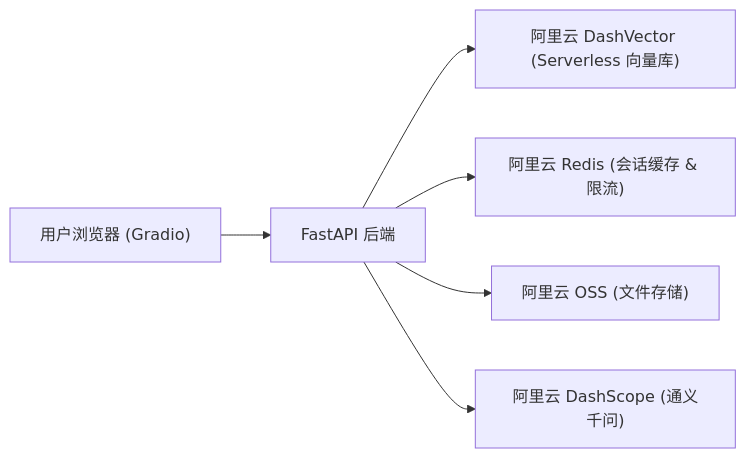
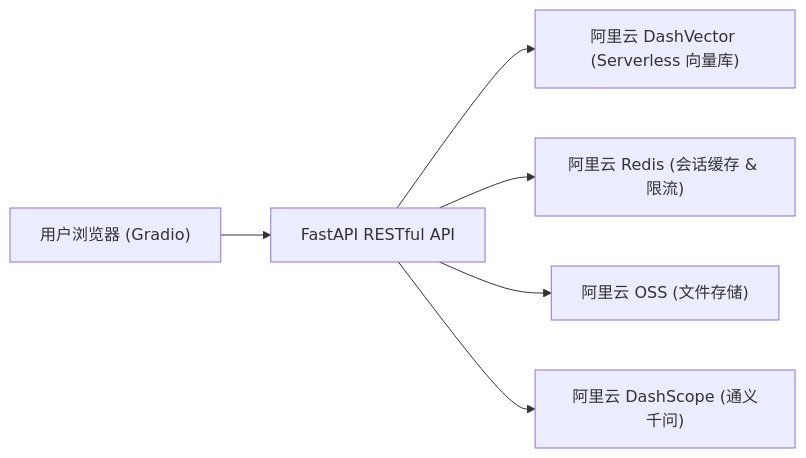
The first of 2 diagrams in README.md (AmazingYe-oss/edu-rag-bot), drawn with Mermaid before and after one commit. The commit also changed other lines of this file and 1 other file, not shown here.

````diff
--- a/README.md
+++ b/README.md
@@ -26,15 +26,15 @@
 ```mermaid
 flowchart LR
     Client["用户浏览器 (Gradio)"]
-    API["FastAPI 后端"]
+    API["FastAPI RESTful API"]
     DashVector["阿里云 DashVector (Serverless 向量库)"]
     Redis["阿里云 Redis (会话缓存 & 限流)"]
     OSS["阿里云 OSS (文件存储)"]
     LLM["阿里云 DashScope (通义千问)"]
 
     Client --> API
     API --> DashVector
     API --> Redis
     API --> OSS
     API --> LLM
 ```
````
